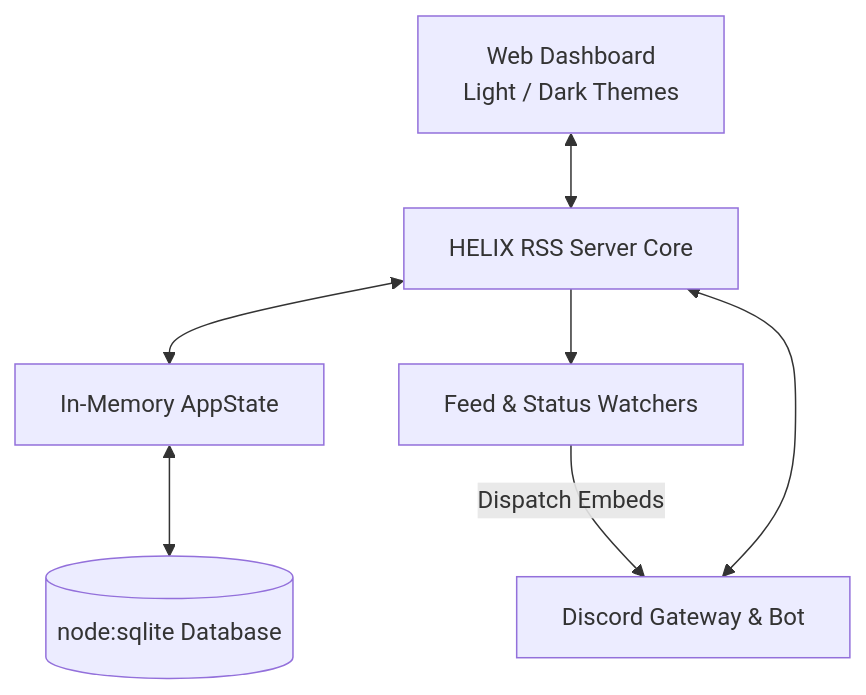
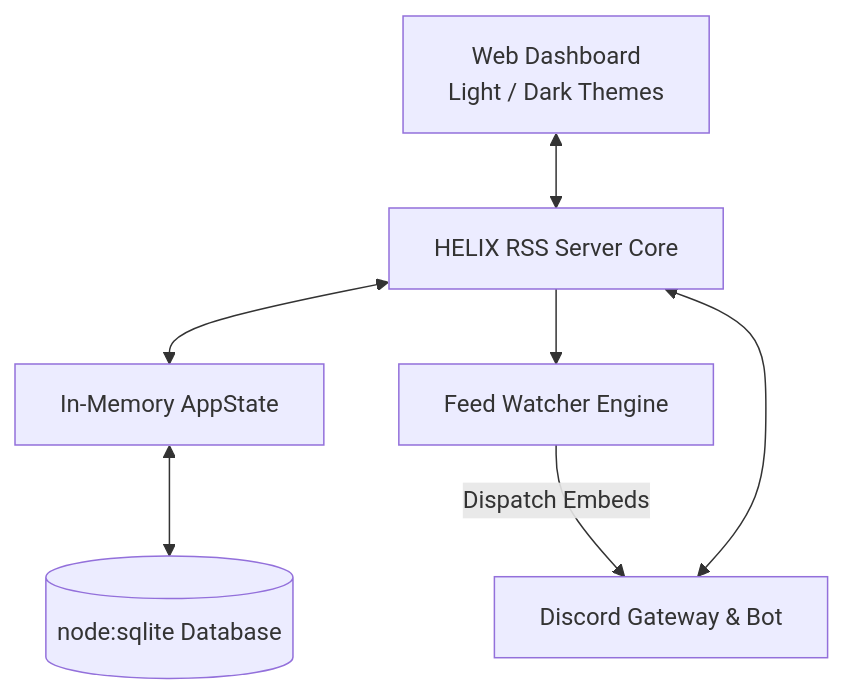
Before and after one commit to HELIX-Origin/Discord-RSS: the diagram in wiki/HOME.md, drawn with Mermaid. The commit also changed 4 other files, not shown here.

Commit message:
docs(wiki): fix Mermaid diagram syntax across all wiki pages

````diff
--- a/wiki/HOME.md
+++ b/wiki/HOME.md
@@ -58,9 +58,9 @@
 ```mermaid
 flowchart TD
-    Dashboard[Web Dashboard\nLight / Dark Themes] <--> Server[HELIX RSS Server Core]
-    DiscordBot[Discord Gateway & Bot] <--> Server
-    Server <--> AppState[In-Memory AppState]
-    AppState <--> SQLite[(node:sqlite Database)]
-    Server --> Watchers[Feed & Status Watchers]
-    Watchers -->|Dispatch Embeds| DiscordBot
+    Dashboard["Web Dashboard<br/>Light / Dark Themes"] <--> Server["HELIX RSS Server Core"]
+    DiscordBot["Discord Gateway & Bot"] <--> Server
+    Server <--> AppState["In-Memory AppState"]
+    AppState <--> SQLite[("node:sqlite Database")]
+    Server --> Watchers["Feed Watcher Engine"]
+    Watchers -->|"Dispatch Embeds"| DiscordBot
 ```
````
